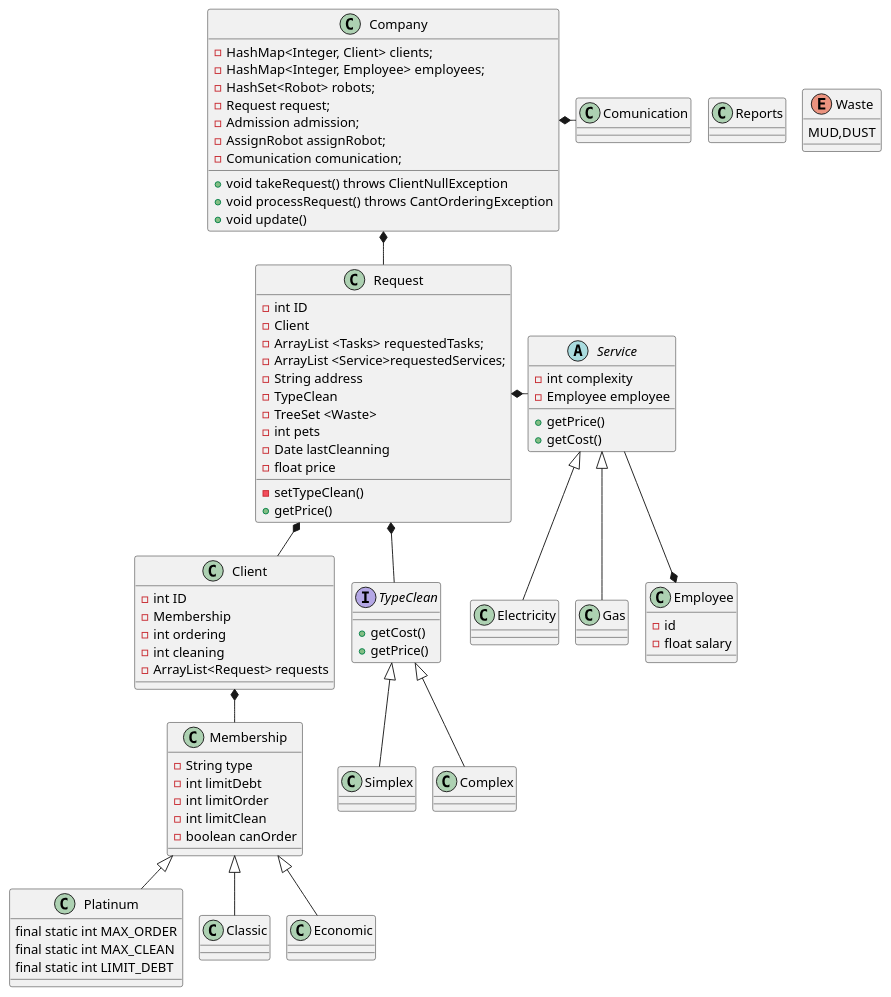
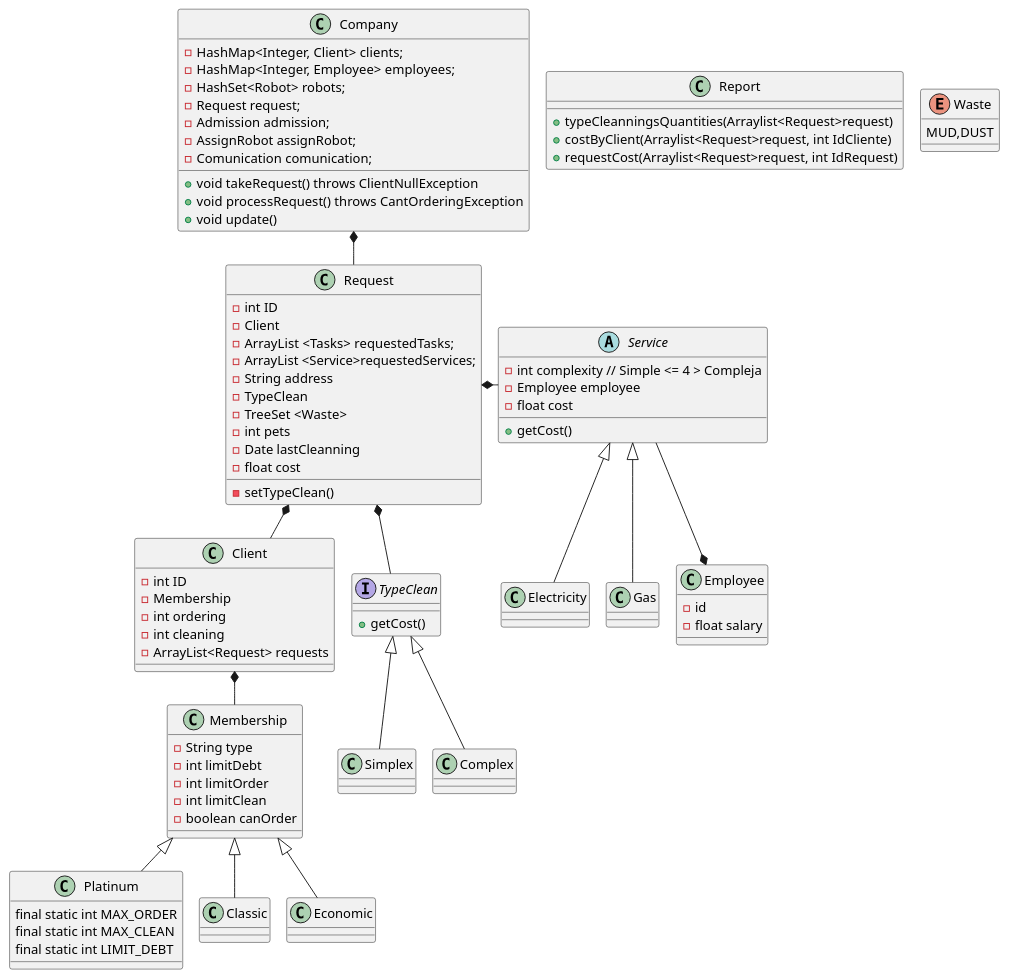
The diagram in diagramas/diagramaV2.puml (Grupo-3-Labo-y-prog/RobotsTP), drawn with PlantUML before and after one commit. The commit also changed 5 other files, not shown here.

Commit message:
Diagrama final y ajustes en Service y Request

```diff
--- a/diagramas/diagramaV2.puml
+++ b/diagramas/diagramaV2.puml
@@ -1,138 +1,138 @@
 @startuml
 'https://plantuml.com/class-diagram
 !pragma layout smetana
 
 'Cómo se le asignan las horas trabajadas al robot?
 
 'Cómo sabes la complejidad de la reparación?
 
 'get price??
 
 
 
 class Client
 class Membership
 class Platinum
 class Classic
 class Economic
 class Request
 interface TypeClean
 class Simplex
 class Complex
 class Company
 abstract class Service
 class Electricity
 class Gas
 class Employee
-class Reports
+class Report
 
 Client *-- Membership
 Membership <|-- Platinum
 Membership <|-- Classic
 Membership <|-- Economic
-Company *- Comunication
 Company *-- Request
 Request *-- Client
 Request *-- TypeClean
 TypeClean <|-- Simplex
 TypeClean <|-- Complex
 Request*-Service
 Employee*-up-Service
 Service<|--Electricity
 Service<|--Gas
 
 class Company{
 
 - HashMap<Integer, Client> clients;
 - HashMap<Integer, Employee> employees;
     - HashSet<Robot> robots;
     - Request request;
     - Admission admission;
     - AssignRobot assignRobot;
     - Comunication comunication;
 
 'llama a admission
 +void takeRequest() throws ClientNullException
 +void processRequest() throws CantOrderingException
 +void update()
 
 }
 
 
 
 
 class Request{
 - int ID
 - Client
 - ArrayList <Tasks> requestedTasks;
 - ArrayList <Service>requestedServices;
 - String address
 - TypeClean
 - TreeSet <Waste>
 - int pets
 - Date lastCleanning
-- float price
+- float cost
 
 - setTypeClean()
-+getPrice()
+
 }
 
 
 enum Waste {
 MUD,DUST
 }
 
 
 class Client{
 -int ID
 -Membership
 -int ordering
 -int cleaning
 -ArrayList<Request> requests
 }
 
 class Membership{
 -String type
 -int limitDebt
 -int limitOrder
 -int limitClean
 -boolean canOrder
 }
 
 class Platinum{
 final static int MAX_ORDER
 final static int MAX_CLEAN
 final static int LIMIT_DEBT
 }
 
 abstract class Service{
-- int complexity
--Employee employee
-+ getPrice()
+- int complexity // Simple <= 4 > Compleja
+- Employee employee
+- float cost
 + getCost()
 }
 
 class Employee {
 -id
 - float salary
 }
 
 class Electricity{
 }
 
 class Gas{
 
 }
 
-class Reports {
+class Report {
++ typeCleanningsQuantities(Arraylist<Request>request)
++ costByClient(Arraylist<Request>request, int IdCliente)
++ requestCost(Arraylist<Request>request, int IdRequest)
 
 }
 
 interface TypeClean{
 +getCost()
-+getPrice()
-
 }
 
 
 @enduml
```
